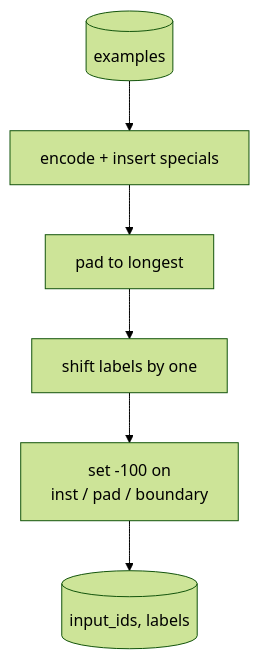
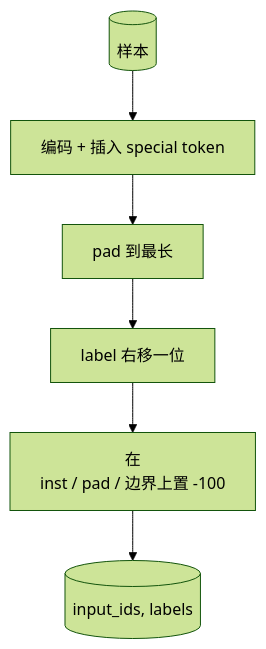
Before and after one commit to JerryC8080/ai-engineering-from-scratch-zh: the second of 3 diagrams in phases/19-capstone-projects/39-instruction-tuning-sft/docs/zh.md, drawn with Mermaid (forest theme). The commit also changed other lines of this file and 156 other files, not shown here.

First line of the commit message:
i18n(zh): translate mermaid diagram labels in 157 lesson zh.md

````diff
--- a/phases/19-capstone-projects/39-instruction-tuning-sft/docs/zh.md
+++ b/phases/19-capstone-projects/39-instruction-tuning-sft/docs/zh.md
@@ -82,8 +82,8 @@
 ```mermaid
 flowchart TD
-  Batch[(examples)] --> Tok[encode + insert specials]
-  Tok --> Pad[pad to longest]
-  Pad --> Shift[shift labels by one]
-  Shift --> Mask[set -100 on<br/>inst / pad / boundary]
+  Batch[(样本)] --> Tok[编码 + 插入 special token]
+  Tok --> Pad[pad 到最长]
+  Pad --> Shift[label 右移一位]
+  Shift --> Mask[在<br/>inst / pad / 边界上置 -100]
   Mask --> Out[(input_ids, labels)]
 ```
````
